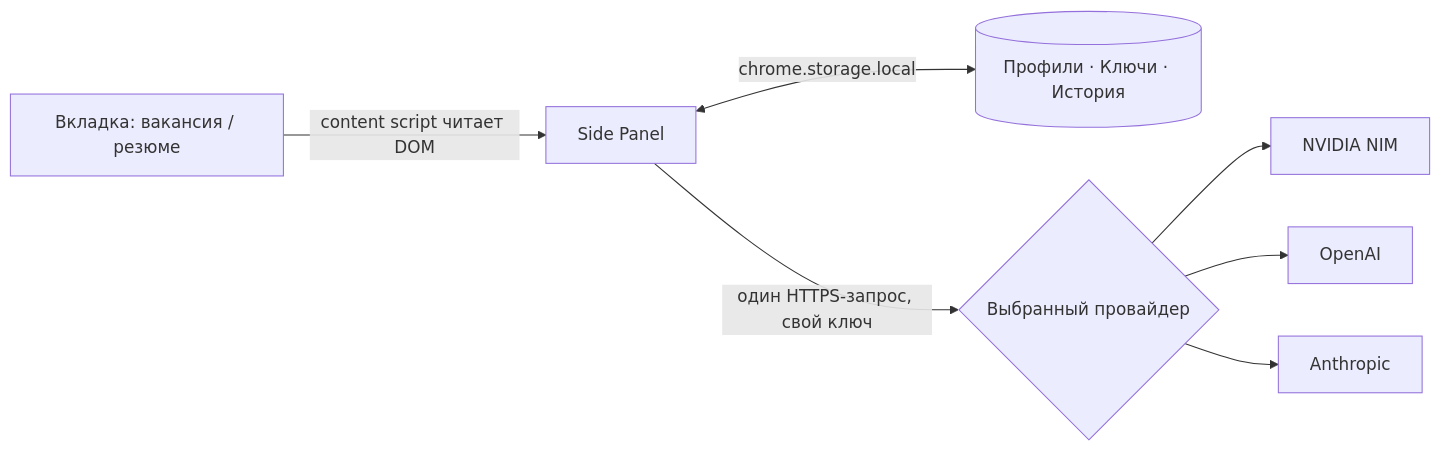
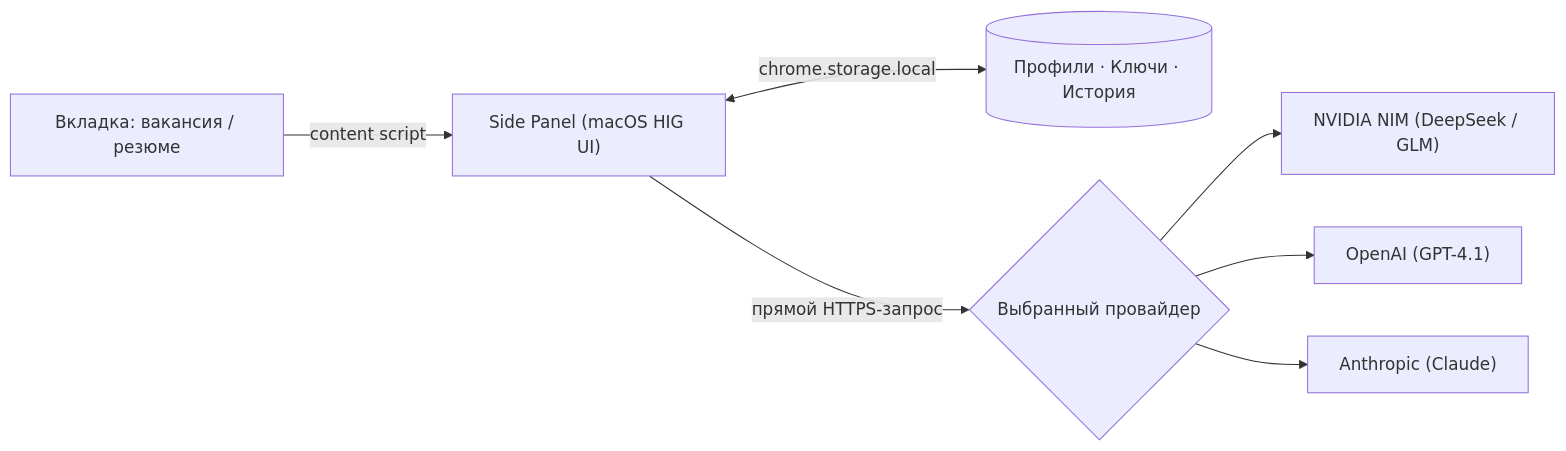
The diagram in README.md (zhurik77/job-fit-copilot), drawn with Mermaid before and after one commit. The commit also changed other lines of this file and 9 other files, not shown here.

````diff
--- a/README.md
+++ b/README.md
@@ -120,9 +86,9 @@
 ```mermaid
 flowchart LR
-    Tab["Вкладка: вакансия / резюме"] -->|content script читает DOM| Panel["Side Panel"]
+    Tab["Вкладка: вакансия / резюме"] -->|content script| Panel["Side Panel (macOS HIG UI)"]
     Panel <-->|chrome.storage.local| Store[("Профили · Ключи · История")]
-    Panel -->|один HTTPS-запрос, свой ключ| Provider{"Выбранный провайдер"}
-    Provider --> NIM["NVIDIA NIM"]
-    Provider --> OpenAI["OpenAI"]
-    Provider --> Anthropic["Anthropic"]
+    Panel -->|прямой HTTPS-запрос| Provider{"Выбранный провайдер"}
+    Provider --> NIM["NVIDIA NIM (DeepSeek / GLM)"]
+    Provider --> OpenAI["OpenAI (GPT-4.1)"]
+    Provider --> Anthropic["Anthropic (Claude)"]
 ```
````
